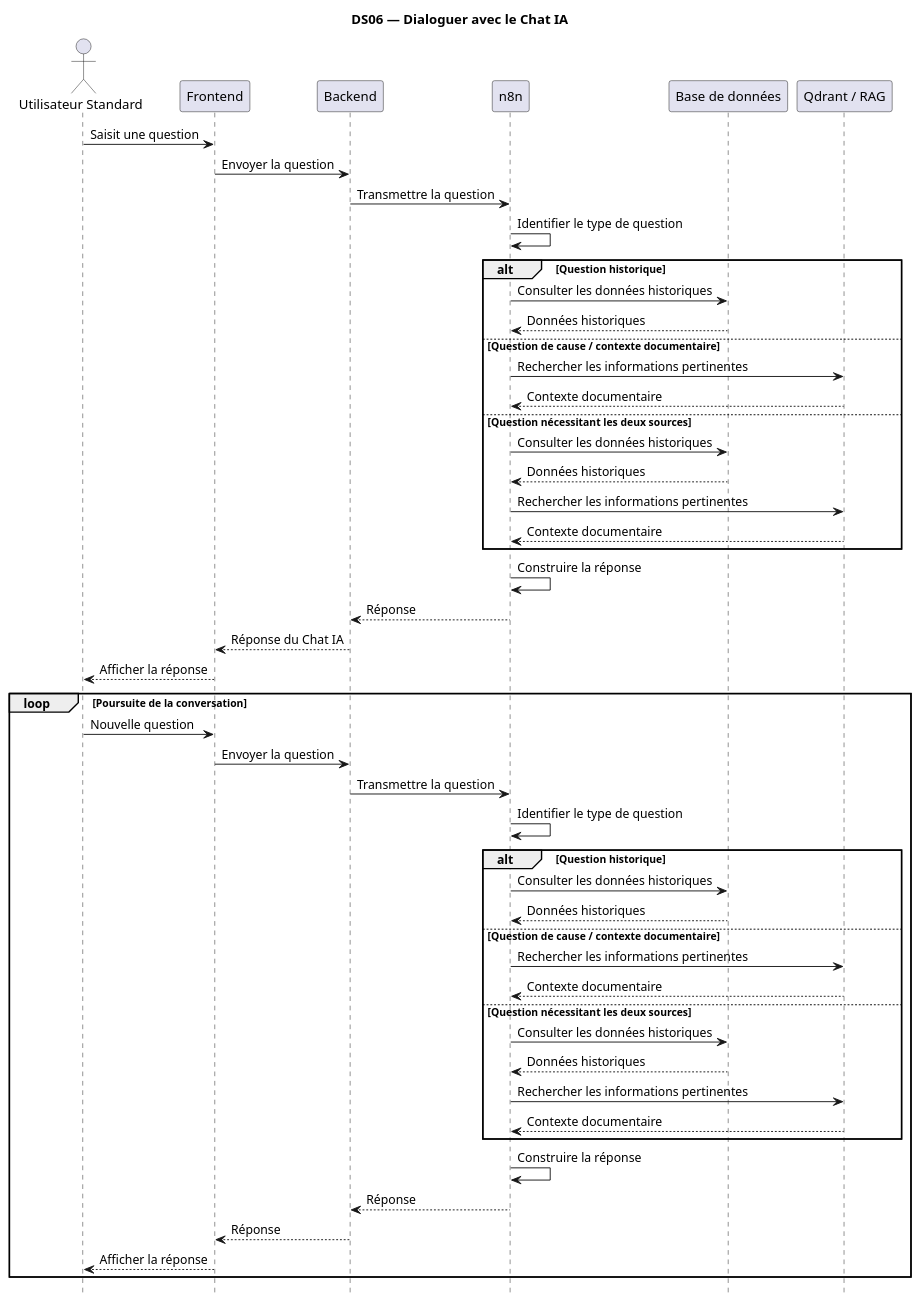
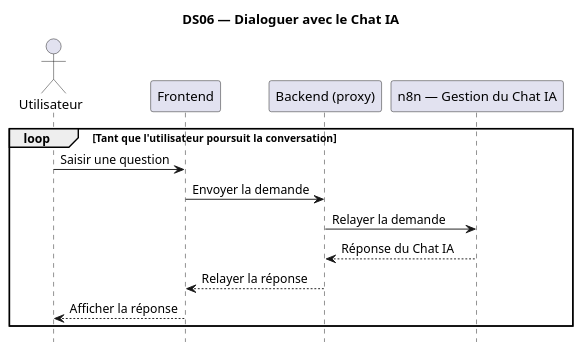
One commit to TkAbeleon/NoteAcemiqueProjetSoutenanceL3 changed the diagram in UML_JeryMotro/DS06_Dialoguer_chat_IA.plantuml. Above: the diagram before and after it, drawn with PlantUML.

Commit message:
Corriger DS06 : Backend uniquement proxy, traitement du Chat IA géré par n8n

```diff
--- a/UML_JeryMotro/DS06_Dialoguer_chat_IA.plantuml
+++ b/UML_JeryMotro/DS06_Dialoguer_chat_IA.plantuml
@@ -1,65 +1,21 @@
 @startuml
 
 title DS06 — Dialoguer avec le Chat IA
 hide footbox
 skinparam shadowing false
 
-actor "Utilisateur Standard" as U
+actor "Utilisateur" as U
 participant "Frontend" as F
-participant "Backend" as B
-participant "n8n" as N8N
-participant "Base de données" as DB
-participant "Qdrant / RAG" as RAG
+participant "Backend (proxy)" as B
+participant "n8n — Gestion du Chat IA" as N8N
 
-U -> F : Saisit une question
-F -> B : Envoyer la question
-B -> N8N : Transmettre la question
-
-N8N -> N8N : Identifier le type de question
-
-alt Question historique
-    N8N -> DB : Consulter les données historiques
-    DB --> N8N : Données historiques
-
-else Question de cause / contexte documentaire
-    N8N -> RAG : Rechercher les informations pertinentes
-    RAG --> N8N : Contexte documentaire
-
-else Question nécessitant les deux sources
-    N8N -> DB : Consulter les données historiques
-    DB --> N8N : Données historiques
-    N8N -> RAG : Rechercher les informations pertinentes
-    RAG --> N8N : Contexte documentaire
-end
-
-N8N -> N8N : Construire la réponse
-N8N --> B : Réponse
-B --> F : Réponse du Chat IA
-F --> U : Afficher la réponse
-
-loop Poursuite de la conversation
-    U -> F : Nouvelle question
-    F -> B : Envoyer la question
-    B -> N8N : Transmettre la question
-    N8N -> N8N : Identifier le type de question
-
-    alt Question historique
-        N8N -> DB : Consulter les données historiques
-        DB --> N8N : Données historiques
-    else Question de cause / contexte documentaire
-        N8N -> RAG : Rechercher les informations pertinentes
-        RAG --> N8N : Contexte documentaire
-    else Question nécessitant les deux sources
-        N8N -> DB : Consulter les données historiques
-        DB --> N8N : Données historiques
-        N8N -> RAG : Rechercher les informations pertinentes
-        RAG --> N8N : Contexte documentaire
-    end
-
-    N8N -> N8N : Construire la réponse
-    N8N --> B : Réponse
-    B --> F : Réponse
+loop Tant que l'utilisateur poursuit la conversation
+    U -> F : Saisir une question
+    F -> B : Envoyer la demande
+    B -> N8N : Relayer la demande
+    N8N --> B : Réponse du Chat IA
+    B --> F : Relayer la réponse
     F --> U : Afficher la réponse
 end
 
 @enduml
```
